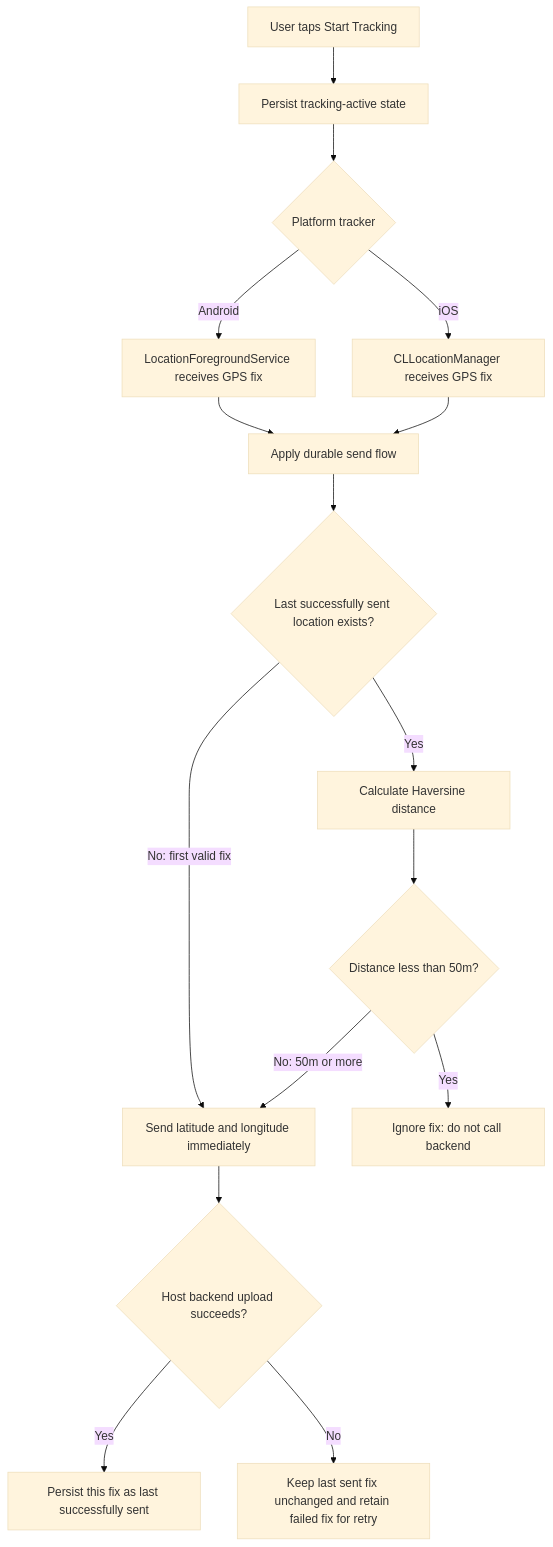
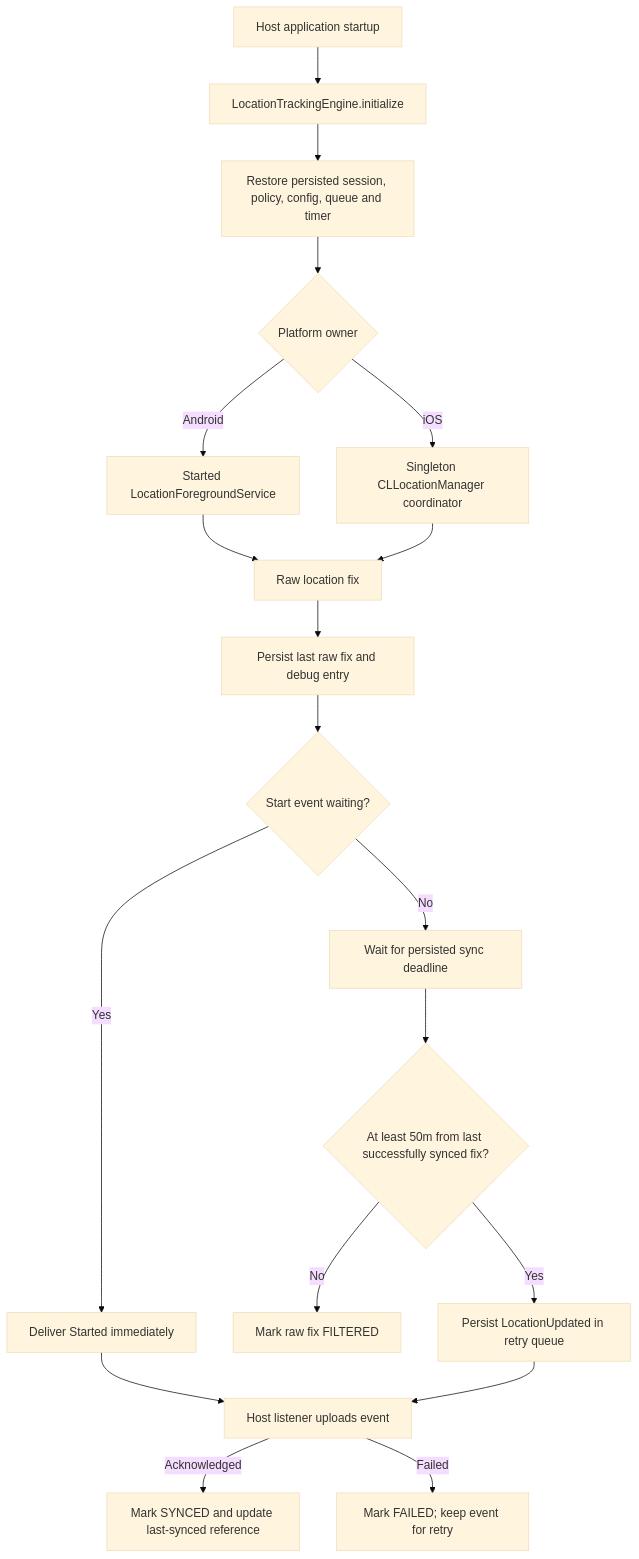
The diagram in docs/LOCATION_TRACKING_FLOW.md (kabindra-shrestha/Location-Tracker-KMP), drawn with Mermaid (base theme) before and after one commit. The commit also changed other lines of this file and 26 other files, not shown here.

Commit message:
Fixes for background location tracking

````diff
--- a/docs/LOCATION_TRACKING_FLOW.md
+++ b/docs/LOCATION_TRACKING_FLOW.md
@@ -88,18 +27,21 @@
 ```mermaid
 flowchart TD
-    A[User taps Start Tracking] --> B[Persist tracking-active state]
-    B --> C{Platform tracker}
-    C -->|Android| D[LocationForegroundService receives GPS fix]
-    C -->|iOS| E[CLLocationManager receives GPS fix]
-    D --> F[Apply durable send flow]
-    E --> F
-    F --> G{Last successfully sent location exists?}
-    G -->|No: first valid fix| H[Send latitude and longitude immediately]
-    G -->|Yes| I[Calculate Haversine distance]
-    I --> J{Distance less than 50m?}
-    J -->|Yes| K[Ignore fix: do not call backend]
-    J -->|No: 50m or more| H
-    H --> L{Host backend upload succeeds?}
-    L -->|Yes| M[Persist this fix as last successfully sent]
-    L -->|No| N[Keep last sent fix unchanged and retain failed fix for retry]
+    H[Host application startup] --> E[LocationTrackingEngine.initialize]
+    E --> S[Restore persisted session, policy, config, queue and timer]
+    S --> P{Platform owner}
+    P -->|Android| A[Started LocationForegroundService]
+    P -->|iOS| I[Singleton CLLocationManager coordinator]
+    A --> R[Raw location fix]
+    I --> R
+    R --> D[Persist last raw fix and debug entry]
+    D --> X{Start event waiting?}
+    X -->|Yes| U[Deliver Started immediately]
+    X -->|No| T[Wait for persisted sync deadline]
+    T --> F{At least 50m from last successfully synced fix?}
+    F -->|No| FL[Mark raw fix FILTERED]
+    F -->|Yes| Q[Persist LocationUpdated in retry queue]
+    U --> B[Host listener uploads event]
+    Q --> B
+    B -->|Acknowledged| OK[Mark SYNCED and update last-synced reference]
+    B -->|Failed| RETRY[Mark FAILED; keep event for retry]
 ```
````
